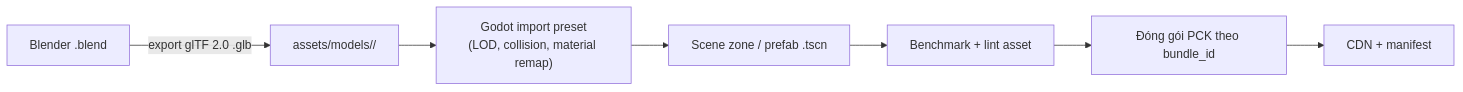
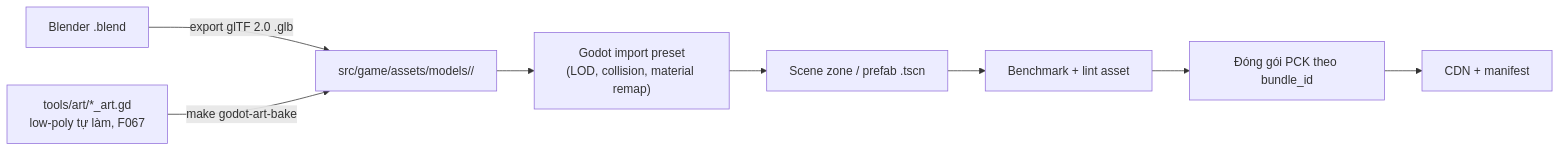
One commit to tanguyen2020/eduworld-platform changed the second of 2 diagrams in docs/08-game-client/WORLD_RENDERING.md. Above: the diagram before and after it, drawn with Mermaid. The commit also changed other lines of this file and 168 other files, not shown here.

````diff
--- a/docs/08-game-client/WORLD_RENDERING.md
+++ b/docs/08-game-client/WORLD_RENDERING.md
@@ -131,9 +132,10 @@
 ```mermaid
 flowchart LR
-  A[Blender .blend] -->|export glTF 2.0 .glb| B["assets/models/<category>/"]
+  A[Blender .blend] -->|export glTF 2.0 .glb| B["src/game/assets/models/<category>/"]
+  P["tools/art/*_art.gd<br/>low-poly tự làm, F067"] -->|make godot-art-bake| B
   B --> C["Godot import preset\n(LOD, collision, material remap)"]
   C --> D[Scene zone / prefab .tscn]
   D --> E[Benchmark + lint asset]
   E --> F[Đóng gói PCK theo bundle_id]
   F --> G[CDN + manifest]
 ```
````
